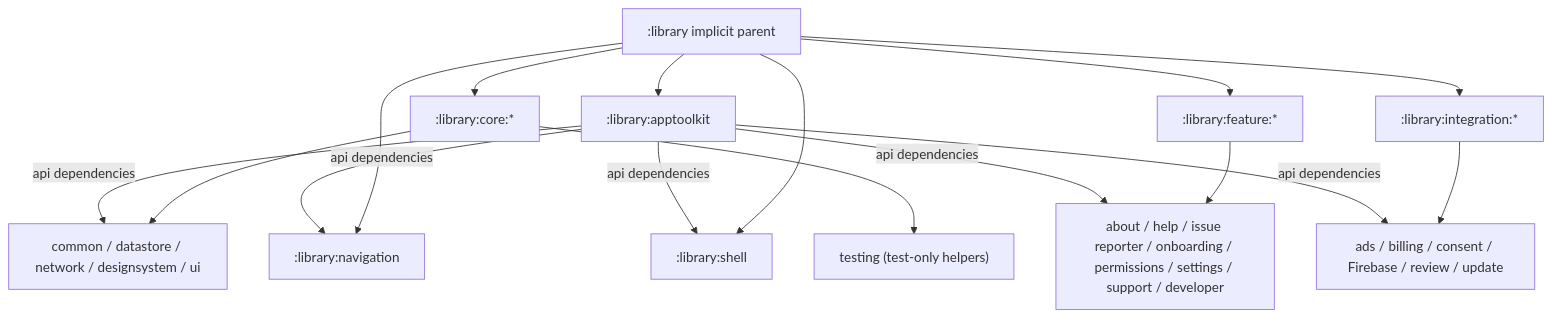
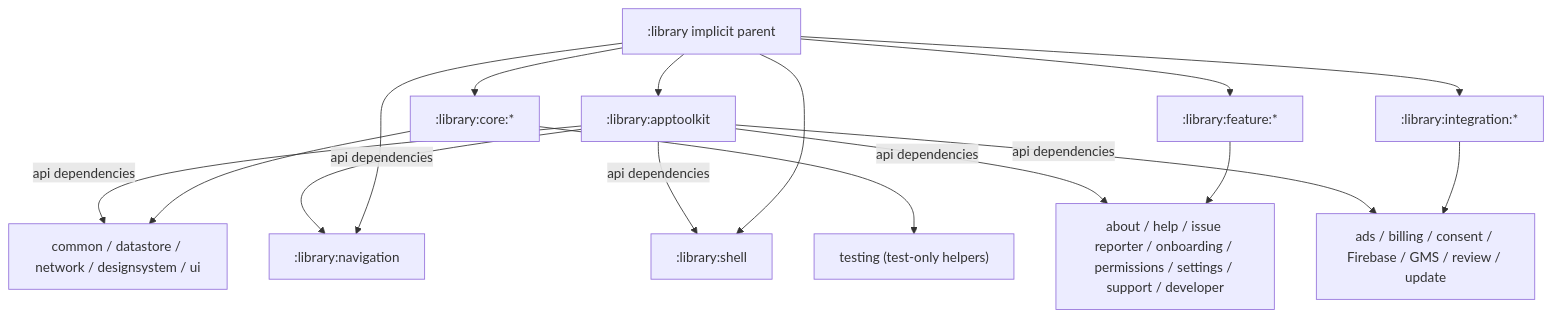
The diagram in library/README.md (MihaiCristianCondrea/App-Toolkit-for-Android), drawn with Mermaid before and after one commit. The commit also changed 135 other files, not shown here.

````diff
--- a/library/README.md
+++ b/library/README.md
@@ -29,18 +29,18 @@
 ```mermaid
 flowchart TD
     Library[":library implicit parent"] --> AppToolkit[":library:apptoolkit"]
     Library --> Core[":library:core:*"]
     Library --> Navigation[":library:navigation"]
     Library --> Shell[":library:shell"]
     Library --> Features[":library:feature:*"]
     Library --> Integrations[":library:integration:*"]
     Core --> Foundations["common / datastore / network / designsystem / ui"]
     Core --> Testing["testing (test-only helpers)"]
     Features --> ReusableScreens["about / help / issue reporter / onboarding / permissions / settings / support / developer"]
-    Integrations --> SDKs["ads / billing / consent / Firebase / review / update"]
+    Integrations --> SDKs["ads / billing / consent / Firebase / GMS / review / update"]
     AppToolkit -->|api dependencies| Foundations
     AppToolkit -->|api dependencies| Navigation
     AppToolkit -->|api dependencies| Shell
     AppToolkit -->|api dependencies| ReusableScreens
     AppToolkit -->|api dependencies| SDKs
 ```
````
